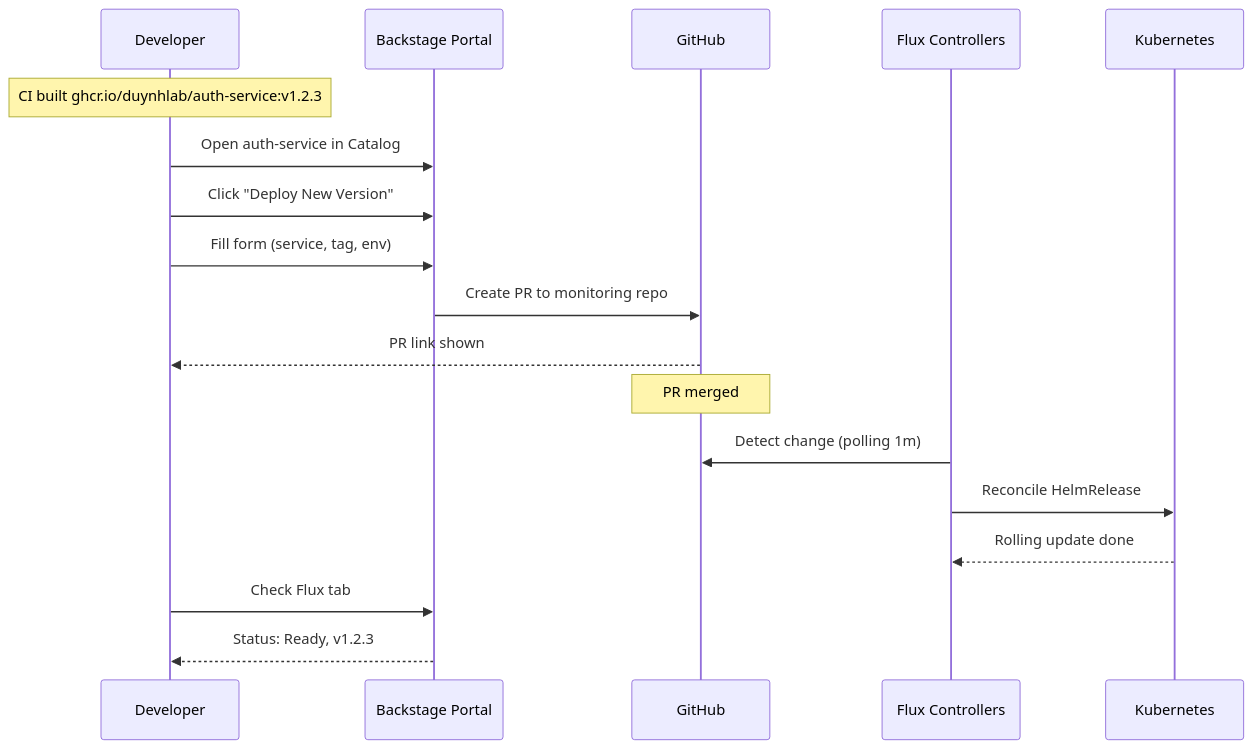
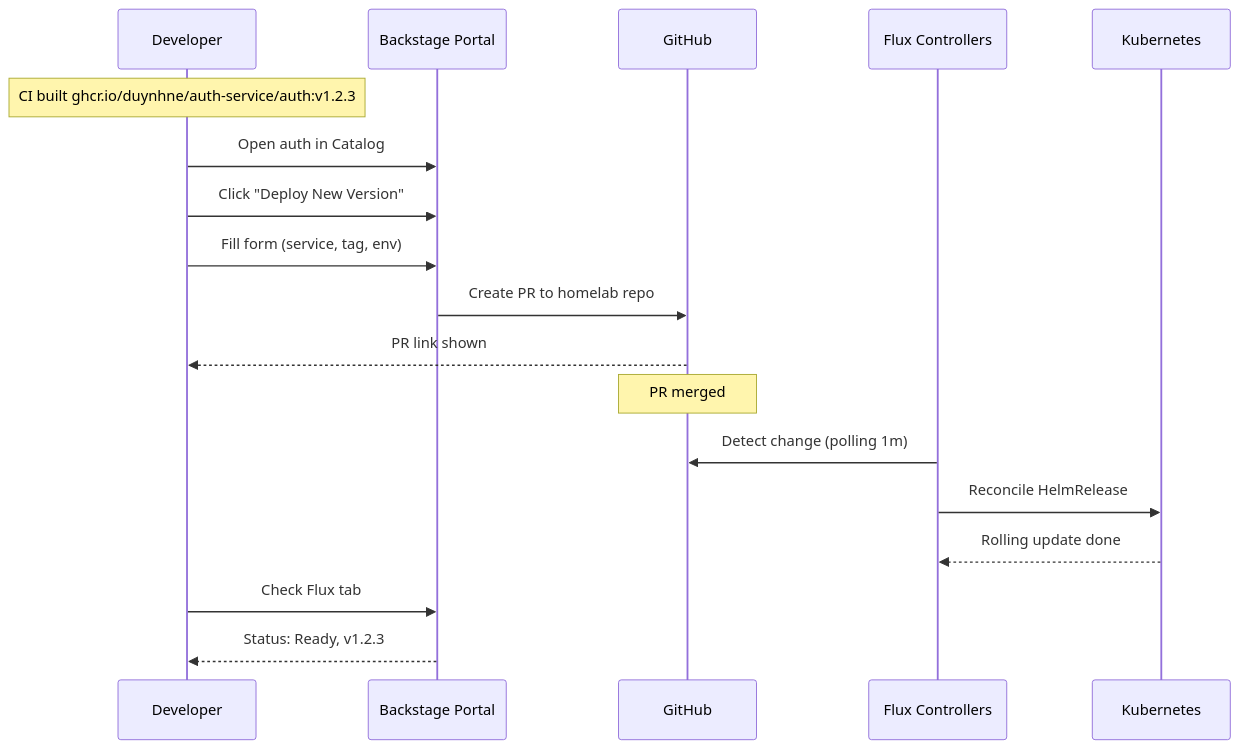
The second of 3 diagrams in docs/flux-integration.md (duynhlab/backstage), drawn with Mermaid before and after one commit. The commit also changed other lines of this file and 2 other files, not shown here.

First line of the commit message:
docs: update all references from monitoring to homelab

````diff
--- a/docs/flux-integration.md
+++ b/docs/flux-integration.md
@@ -50,24 +50,24 @@
 ```mermaid
 sequenceDiagram
     participant Dev as Developer
     participant BS as Backstage Portal
     participant GH as GitHub
     participant Flux as Flux Controllers
     participant K8s as Kubernetes
 
-    Note over Dev: CI built ghcr.io/duynhlab/auth-service:v1.2.3
+    Note over Dev: CI built ghcr.io/duynhne/auth-service/auth:v1.2.3
 
-    Dev->>BS: Open auth-service in Catalog
+    Dev->>BS: Open auth in Catalog
     Dev->>BS: Click "Deploy New Version"
     Dev->>BS: Fill form (service, tag, env)
-    BS->>GH: Create PR to monitoring repo
+    BS->>GH: Create PR to homelab repo
     GH-->>Dev: PR link shown
 
     Note over GH: PR merged
     Flux->>GH: Detect change (polling 1m)
     Flux->>K8s: Reconcile HelmRelease
     K8s-->>Flux: Rolling update done
 
     Dev->>BS: Check Flux tab
     BS-->>Dev: Status: Ready, v1.2.3
 ```
````
